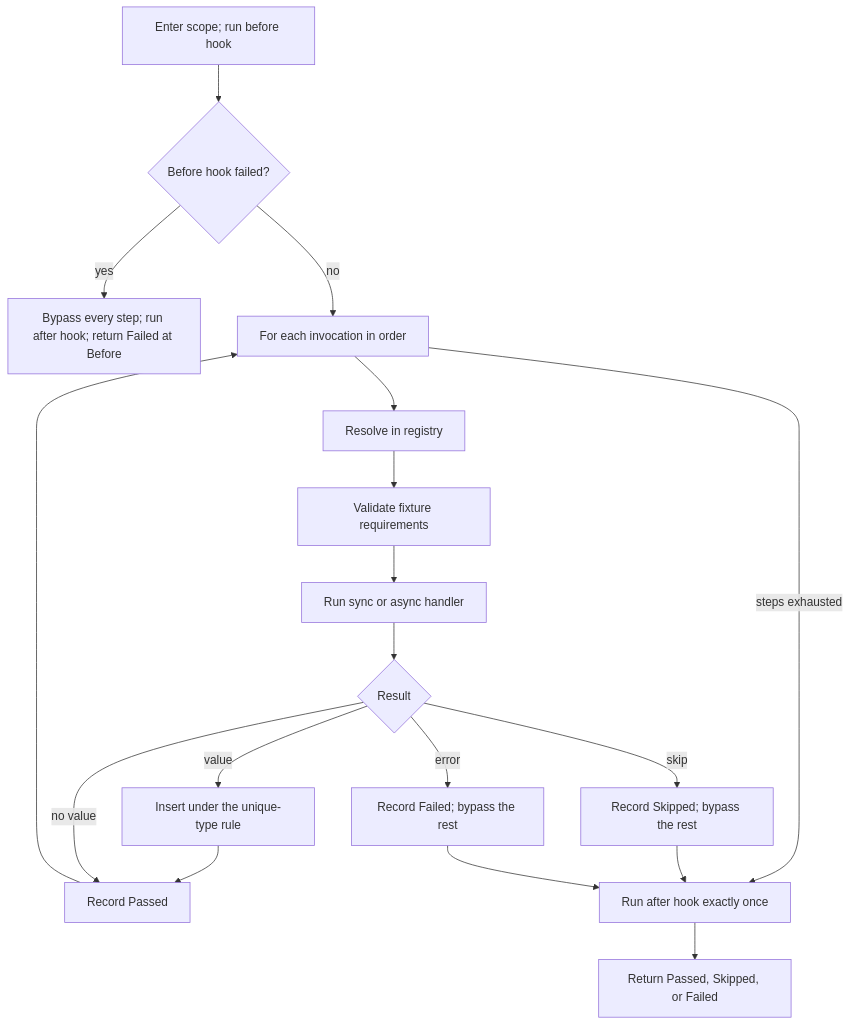
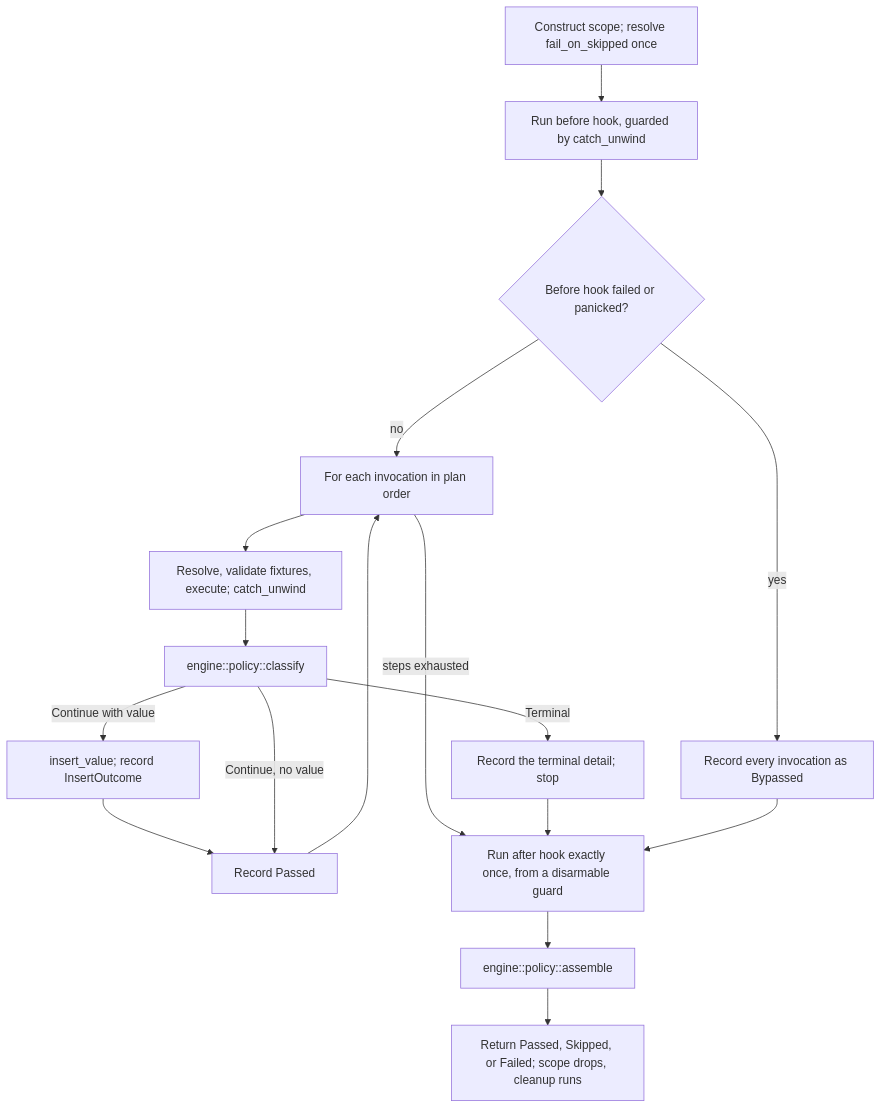
The diagram in docs/execplans/13-1-1-add-parser-neutral-types.md (leynos/rstest-bdd), drawn with Mermaid before and after one commit. The commit also changed other lines of this file, not shown here.

````diff
--- a/docs/execplans/13-1-1-add-parser-neutral-types.md
+++ b/docs/execplans/13-1-1-add-parser-neutral-types.md
@@ -1267,20 +1728,19 @@
 ```mermaid
 flowchart TD
-    A["Enter scope; run before hook"] --> B{"Before hook failed?"}
-    B -- yes --> Z["Bypass every step; run after hook; return Failed at Before"]
-    B -- no --> C["For each invocation in order"]
-    C --> D["Resolve in registry"]
-    D --> E["Validate fixture requirements"]
-    E --> F["Run sync or async handler"]
-    F --> G{"Result"}
-    G -- "value" --> H["Insert under the unique-type rule"]
-    H --> I["Record Passed"]
-    I --> C
-    G -- "no value" --> I
-    G -- "skip" --> J["Record Skipped; bypass the rest"]
-    G -- "error" --> K["Record Failed; bypass the rest"]
-    C -- "steps exhausted" --> L["Run after hook exactly once"]
-    J --> L
-    K --> L
-    L --> M["Return Passed, Skipped, or Failed"]
+    A["Construct scope; resolve fail_on_skipped once"] --> B["Run before hook, guarded by catch_unwind"]
+    B --> C{"Before hook failed or panicked?"}
+    C -- yes --> Z["Record every invocation as Bypassed"]
+    C -- no --> D["For each invocation in plan order"]
+    D --> E["Resolve, validate fixtures, execute; catch_unwind"]
+    E --> F["engine::policy::classify"]
+    F -- "Continue with value" --> G["insert_value; record InsertOutcome"]
+    G --> H["Record Passed"]
+    H --> D
+    F -- "Continue, no value" --> H
+    F -- "Terminal" --> I["Record the terminal detail; stop"]
+    D -- "steps exhausted" --> J
+    I --> J["Run after hook exactly once, from a disarmable guard"]
+    Z --> J
+    J --> K["engine::policy::assemble"]
+    K --> L["Return Passed, Skipped, or Failed; scope drops, cleanup runs"]
 ```
````
